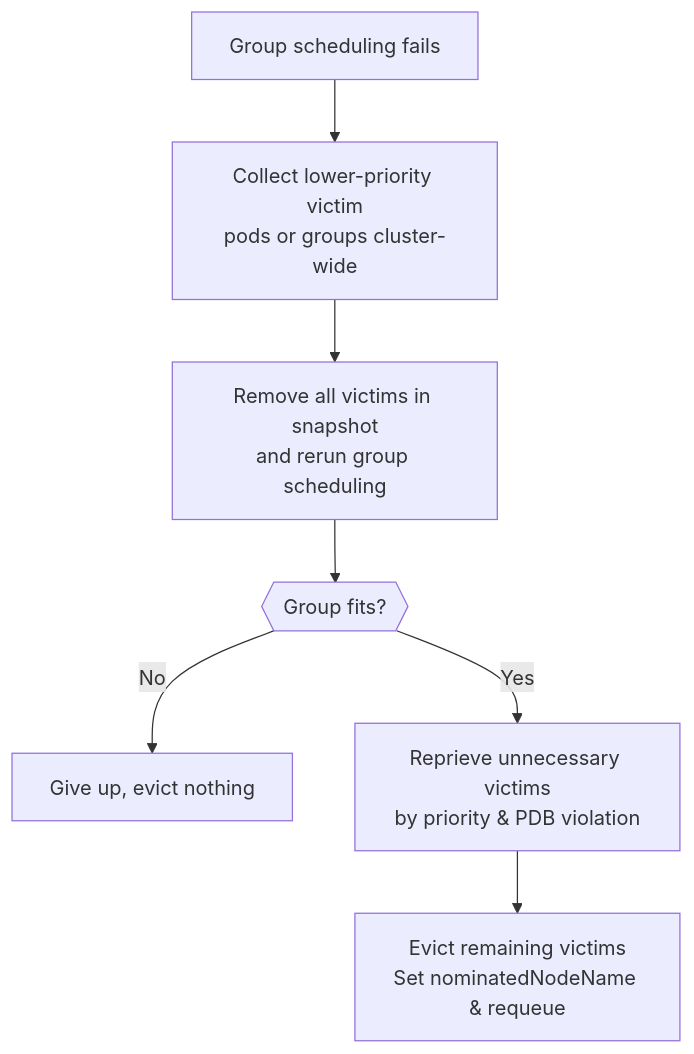
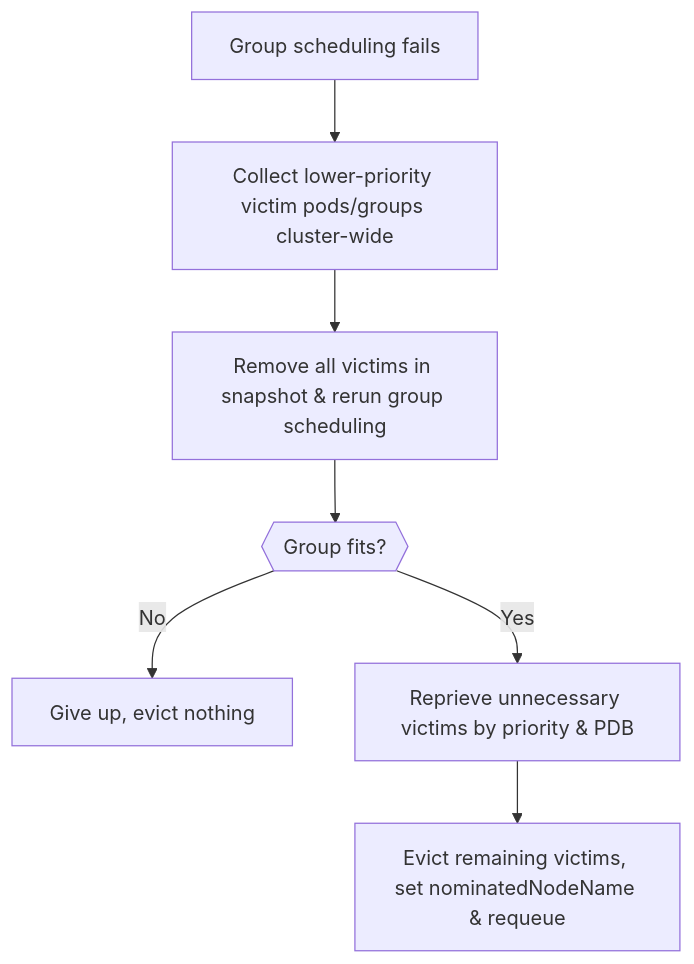
The eighth of 11 diagrams in docs/research/k8s-workload-aware-scheduling-vs-volcano.md (JesseStutler/volcano), drawn with Mermaid before and after one commit. The commit also changed other lines of this file and 1 other file, not shown here.

First line of the commit message:
docs: tighten report for sharing and add single-Pod vs PodGroup flow

````diff
--- a/docs/research/k8s-workload-aware-scheduling-vs-volcano.md
+++ b/docs/research/k8s-workload-aware-scheduling-vs-volcano.md
@@ -404,9 +316,9 @@
 ```mermaid
 flowchart TD
-    A["Group scheduling fails"] --> B["Collect lower-priority victim<br/>pods or groups cluster-wide"]
-    B --> C["Remove all victims in snapshot<br/>and rerun group scheduling"]
+    A["Group scheduling fails"] --> B["Collect lower-priority victim pods/groups cluster-wide"]
+    B --> C["Remove all victims in snapshot & rerun group scheduling"]
     C --> D{{"Group fits?"}}
     D -- No --> E["Give up, evict nothing"]
-    D -- Yes --> F["Reprieve unnecessary victims<br/>by priority & PDB violation"]
-    F --> G["Evict remaining victims<br/>Set nominatedNodeName & requeue"]
+    D -- Yes --> F["Reprieve unnecessary victims by priority & PDB"]
+    F --> G["Evict remaining victims, set nominatedNodeName & requeue"]
 ```
````
